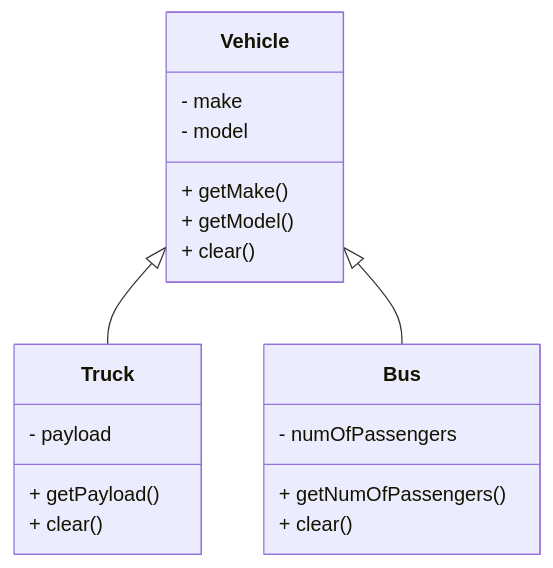
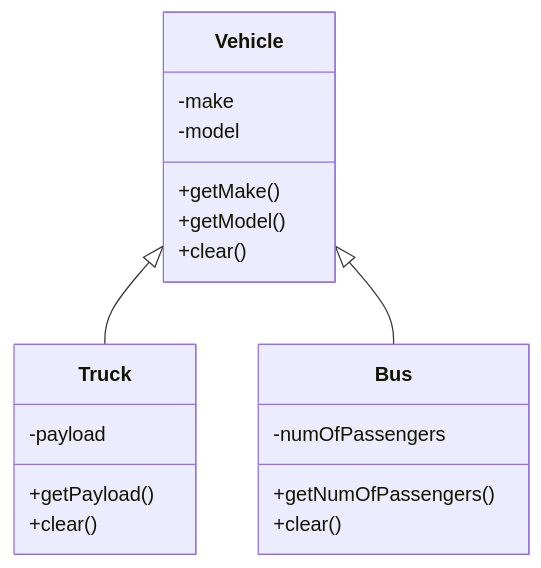
One commit to 3mr-5aled/ObsidianNotes-ThirdSemester changed the first of 2 diagrams in OOP/Lecture 4 - Inheritance & Polymorphism.md. Above: the diagram before and after it, drawn with Mermaid. The commit also changed other lines of this file and 11 other files, not shown here.

````diff
--- a/OOP/Lecture 4 - Inheritance & Polymorphism.md
+++ b/OOP/Lecture 4 - Inheritance & Polymorphism.md
@@ -136,22 +243,22 @@
 ```mermaid
 classDiagram
     class Vehicle {
-        - make
-        - model
-        + getMake()
-        + getModel()
-        + clear()
+        -make
+        -model
+        +getMake()
+        +getModel()
+        +clear()
     }
     class Truck {
-        - payload
-        + getPayload()
-        + clear()
+        -payload
+        +getPayload()
+        +clear()
     }
     class Bus {
-        - numOfPassengers
-        + getNumOfPassengers()
-        + clear()
+        -numOfPassengers
+        +getNumOfPassengers()
+        +clear()
     }
     Vehicle <|-- Truck
     Vehicle <|-- Bus
 ```
````
